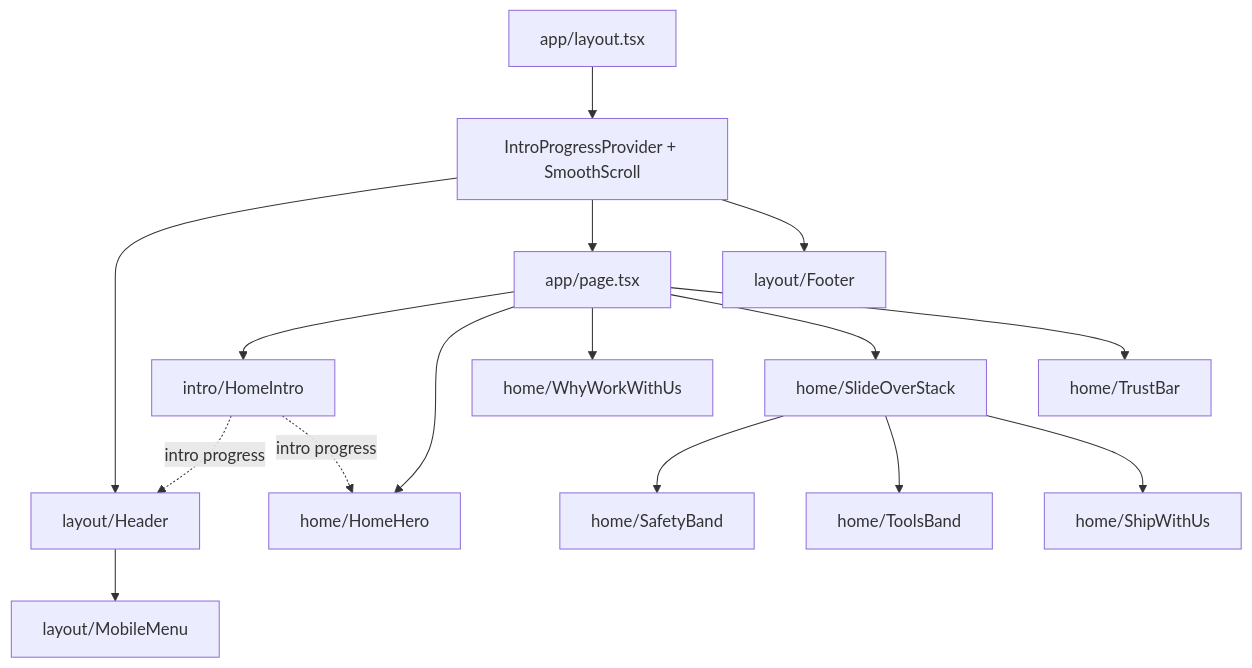
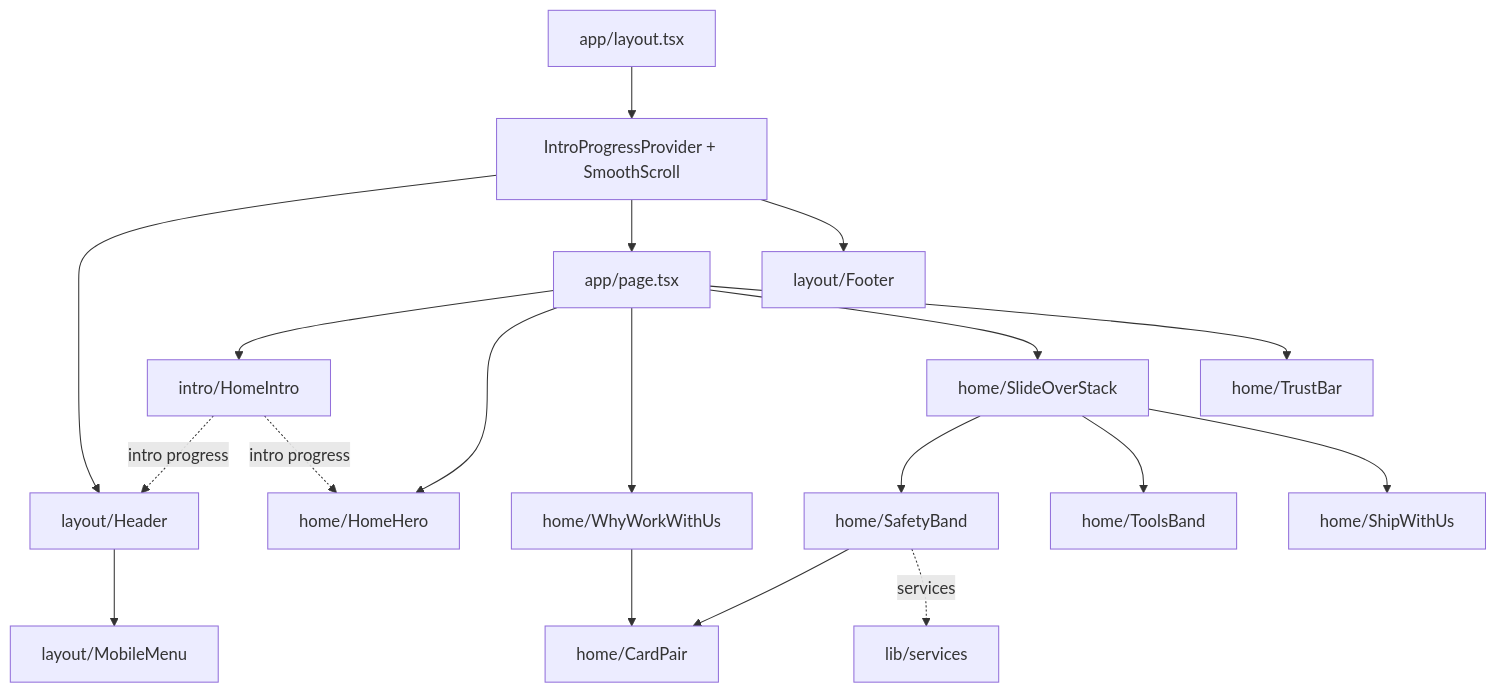
One commit to stadlerv3311/laughing-dollop changed the diagram in docs/NAVIGATION.md. Above: the diagram before and after it, drawn with Mermaid. The commit also changed other lines of this file and 31 other files, not shown here.

First line of the commit message:
Set headlines in Archivo and rework the homepage from the hero to Why work with us

````diff
--- a/docs/NAVIGATION.md
+++ b/docs/NAVIGATION.md
@@ -64,18 +65,21 @@
 ```mermaid
 flowchart TD
   Layout["app/layout.tsx"] --> Providers["IntroProgressProvider + SmoothScroll"]
   Providers --> Header["layout/Header"]
   Providers --> Page["app/page.tsx"]
   Providers --> Footer["layout/Footer"]
   Header --> MobileMenu["layout/MobileMenu"]
   Page --> HomeIntro["intro/HomeIntro"]
   Page --> HomeHero["home/HomeHero"]
   Page --> WhyWorkWithUs["home/WhyWorkWithUs"]
   Page --> SlideOverStack["home/SlideOverStack"]
   SlideOverStack --> SafetyBand["home/SafetyBand"]
   SlideOverStack --> ToolsBand["home/ToolsBand"]
   SlideOverStack --> ShipWithUs["home/ShipWithUs"]
+  SafetyBand --> CardPair["home/CardPair"]
+  SafetyBand -. "services" .-> Services["lib/services"]
+  WhyWorkWithUs --> CardPair
   Page --> TrustBar["home/TrustBar"]
   HomeIntro -. "intro progress" .-> Header
   HomeIntro -. "intro progress" .-> HomeHero
 ```
````
